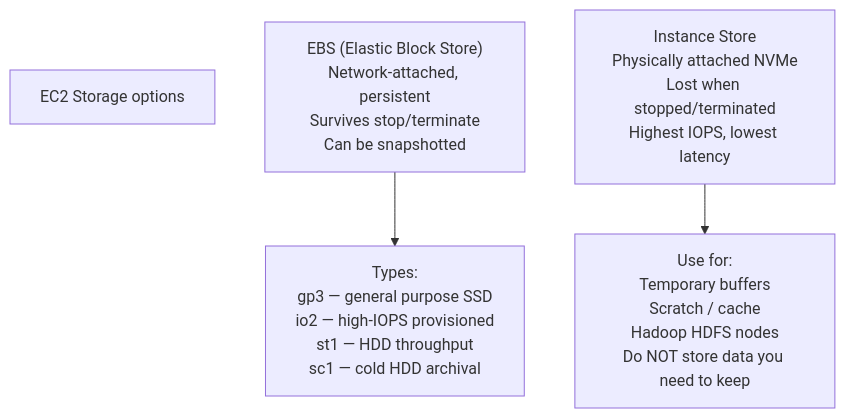
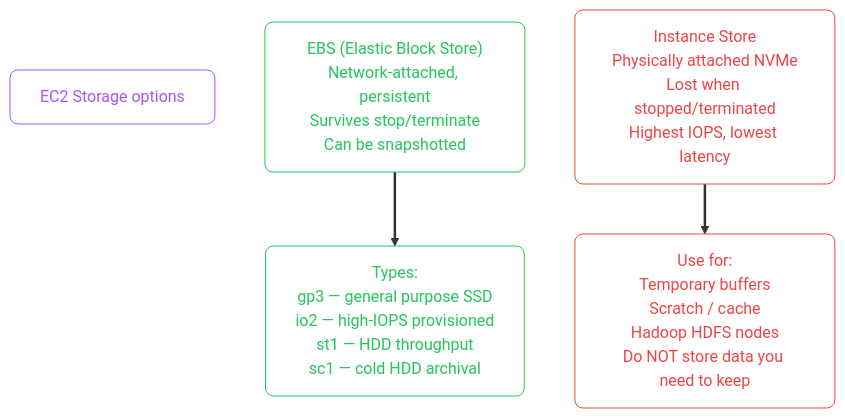
Before and after one commit to zafarale/cloudification: the fourth of 6 diagrams in src/content/cloud/aws/02-intro-vms.mdx, drawn with Mermaid. The commit also changed other lines of this file and 84 other files, not shown here.

````diff
--- a/src/content/cloud/aws/02-intro-vms.mdx
+++ b/src/content/cloud/aws/02-intro-vms.mdx
@@ -165,10 +181,17 @@
 ```mermaid
 flowchart TD
-    STORAGE["EC2 Storage options"]
+    accTitle: Storage: EBS vs Instance Store
+    accDescr: Flowchart (td) showing EC2 Storage options, Elastic Block Store, Instance Store Physically attached NVMe Lost when stopped/terminated Highest IOPS, lowest latency
+    classDef step fill:none,stroke:#a855f7,color:#a855f7,rx:8,ry:8
+    classDef ok   fill:none,stroke:#22c55e,color:#22c55e,rx:8,ry:8
+    classDef fail fill:none,stroke:#ef4444,color:#ef4444,rx:8,ry:8
+    linkStyle default stroke-width:2.5px
 
-    EBS["EBS (Elastic Block Store)\nNetwork-attached, persistent\nSurvives stop/terminate\nCan be snapshotted"]
-    IS["Instance Store\nPhysically attached NVMe\nLost when stopped/terminated\nHighest IOPS, lowest latency"]
+    STORAGE["EC2 Storage options"]:::step
 
-    EBS --> EBS_TYPES["Types:\ngp3 — general purpose SSD\nio2 — high-IOPS provisioned\nst1 — HDD throughput\nsc1 — cold HDD archival"]
-    IS --> IS_USE["Use for:\nTemporary buffers\nScratch / cache\nHadoop HDFS nodes\nDo NOT store data you need to keep"]
+    EBS["EBS (Elastic Block Store)<br/>Network-attached, persistent<br/>Survives stop/terminate<br/>Can be snapshotted"]:::ok
+    IS["Instance Store<br/>Physically attached NVMe<br/>Lost when stopped/terminated<br/>Highest IOPS, lowest latency"]:::fail
+
+    EBS --> EBS_TYPES["Types:<br/>gp3 — general purpose SSD<br/>io2 — high-IOPS provisioned<br/>st1 — HDD throughput<br/>sc1 — cold HDD archival"]:::ok
+    IS --> IS_USE["Use for:<br/>Temporary buffers<br/>Scratch / cache<br/>Hadoop HDFS nodes<br/>Do NOT store data you need to keep"]:::fail
 ```
````
